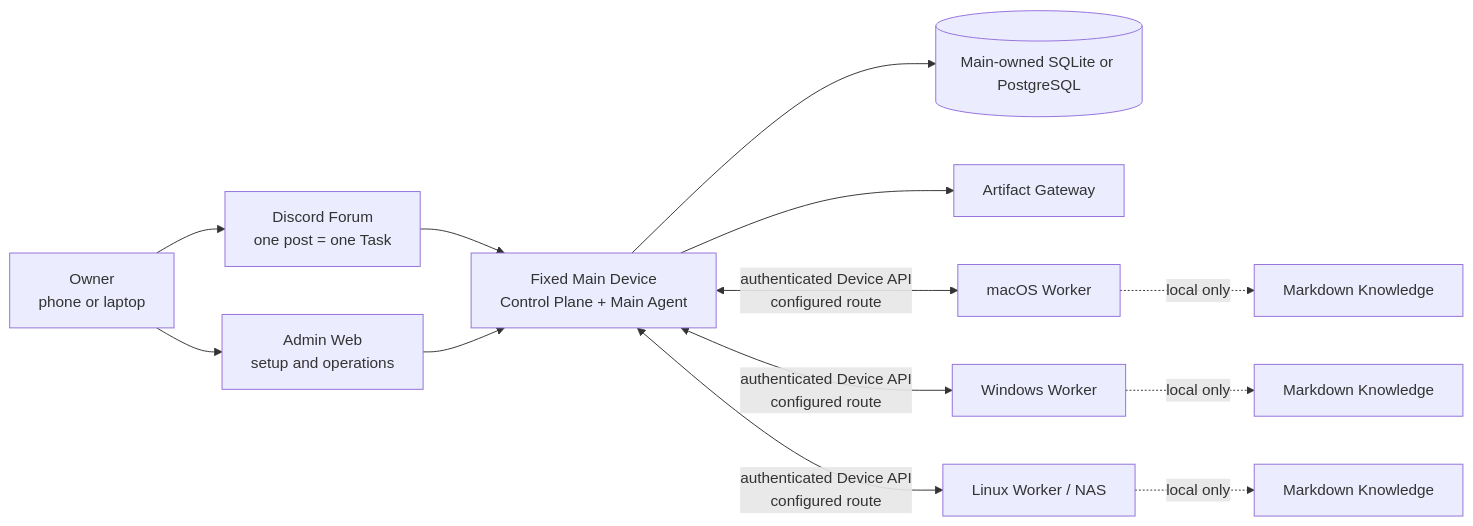
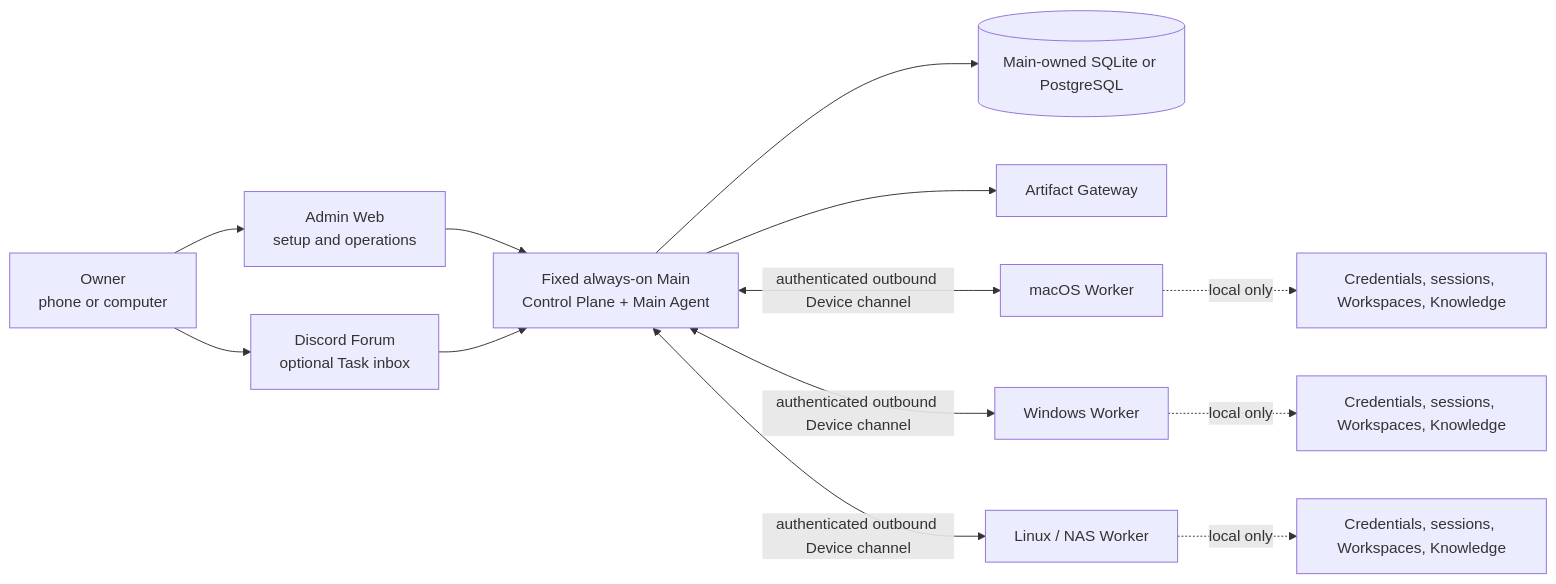
Before and after one commit to jugol/OpenDelegate: the diagram in README.md, drawn with Mermaid. The commit also changed other lines of this file and 29 other files, not shown here.

First line of the commit message:
docs: add Hermes setup agent onboarding (#85)

````diff
--- a/README.md
+++ b/README.md
@@ -131,15 +157,15 @@
 ```mermaid
 flowchart LR
-    owner["Owner<br/>phone or laptop"] --> discord["Discord Forum<br/>one post = one Task"]
-    owner --> admin["Admin Web<br/>setup and operations"]
-    discord --> main["Fixed Main Device<br/>Control Plane + Main Agent"]
-    admin --> main
+    owner["Owner<br/>phone or computer"] --> admin["Admin Web<br/>setup and operations"]
+    owner --> discord["Discord Forum<br/>optional Task inbox"]
+    admin --> main["Fixed always-on Main<br/>Control Plane + Main Agent"]
+    discord --> main
     main --> database[("Main-owned SQLite or PostgreSQL")]
     main --> artifacts["Artifact Gateway"]
-    main <-->|"authenticated Device API<br/>configured route"| mac["macOS Worker"]
-    main <-->|"authenticated Device API<br/>configured route"| windows["Windows Worker"]
-    main <-->|"authenticated Device API<br/>configured route"| linux["Linux Worker / NAS"]
-    mac -. "local only" .-> macKnowledge["Markdown Knowledge"]
-    windows -. "local only" .-> windowsKnowledge["Markdown Knowledge"]
-    linux -. "local only" .-> linuxKnowledge["Markdown Knowledge"]
+    main <-->|"authenticated outbound Device channel"| mac["macOS Worker"]
+    main <-->|"authenticated outbound Device channel"| windows["Windows Worker"]
+    main <-->|"authenticated outbound Device channel"| linux["Linux / NAS Worker"]
+    mac -. "local only" .-> macState["Credentials, sessions, Workspaces, Knowledge"]
+    windows -. "local only" .-> winState["Credentials, sessions, Workspaces, Knowledge"]
+    linux -. "local only" .-> linuxState["Credentials, sessions, Workspaces, Knowledge"]
 ```
````
